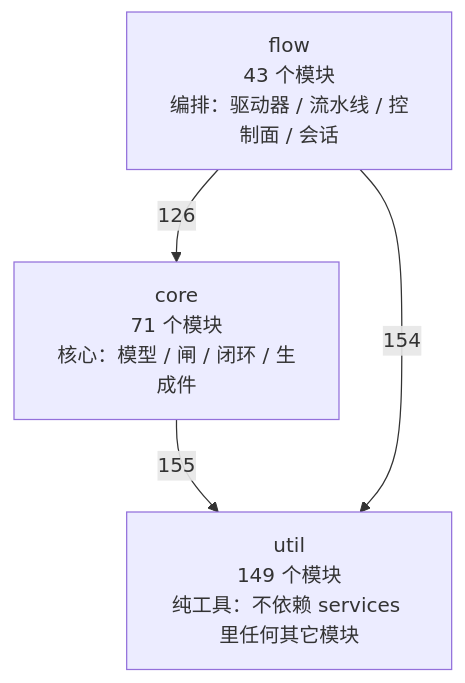
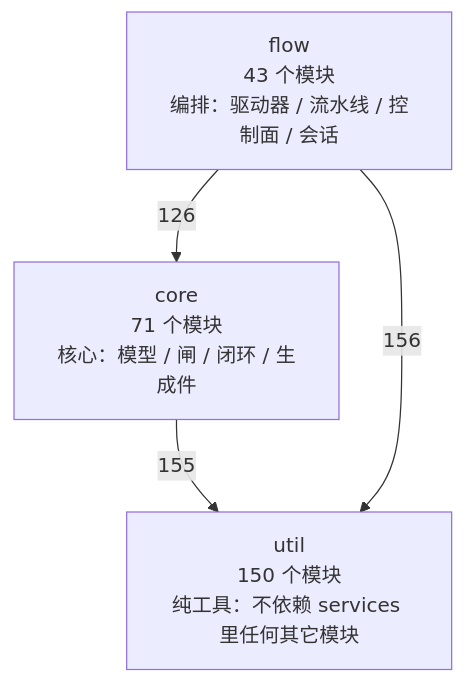
One commit to 2686521696/WhyBuddy changed the first of 4 diagrams in docs/SlideRule V6.2 架构图（自动生成）.md. Above: the diagram before and after it, drawn with Mermaid. The commit also changed other lines of this file and 36 other files, not shown here.

````diff
--- a/docs/SlideRule V6.2 架构图（自动生成）.md
+++ b/docs/SlideRule V6.2 架构图（自动生成）.md
@@ -50,9 +50,9 @@
 ```mermaid
 flowchart TB
-  util["util<br/>149 个模块<br/>纯工具：不依赖 services 里任何其它模块"]
+  util["util<br/>150 个模块<br/>纯工具：不依赖 services 里任何其它模块"]
   core["core<br/>71 个模块<br/>核心：模型 / 闸 / 闭环 / 生成件"]
   flow["flow<br/>43 个模块<br/>编排：驱动器 / 流水线 / 控制面 / 会话"]
   core -->|155| util
   flow -->|126| core
-  flow -->|154| util
+  flow -->|156| util
 ```
````
